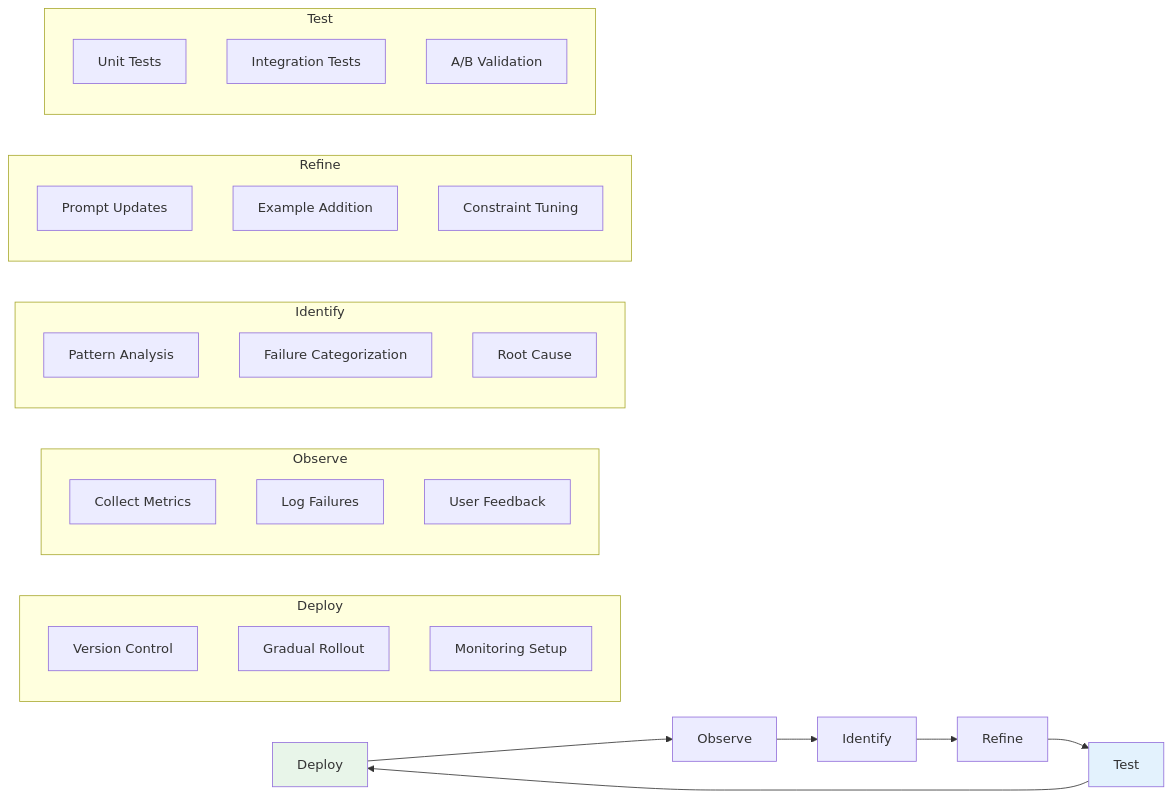
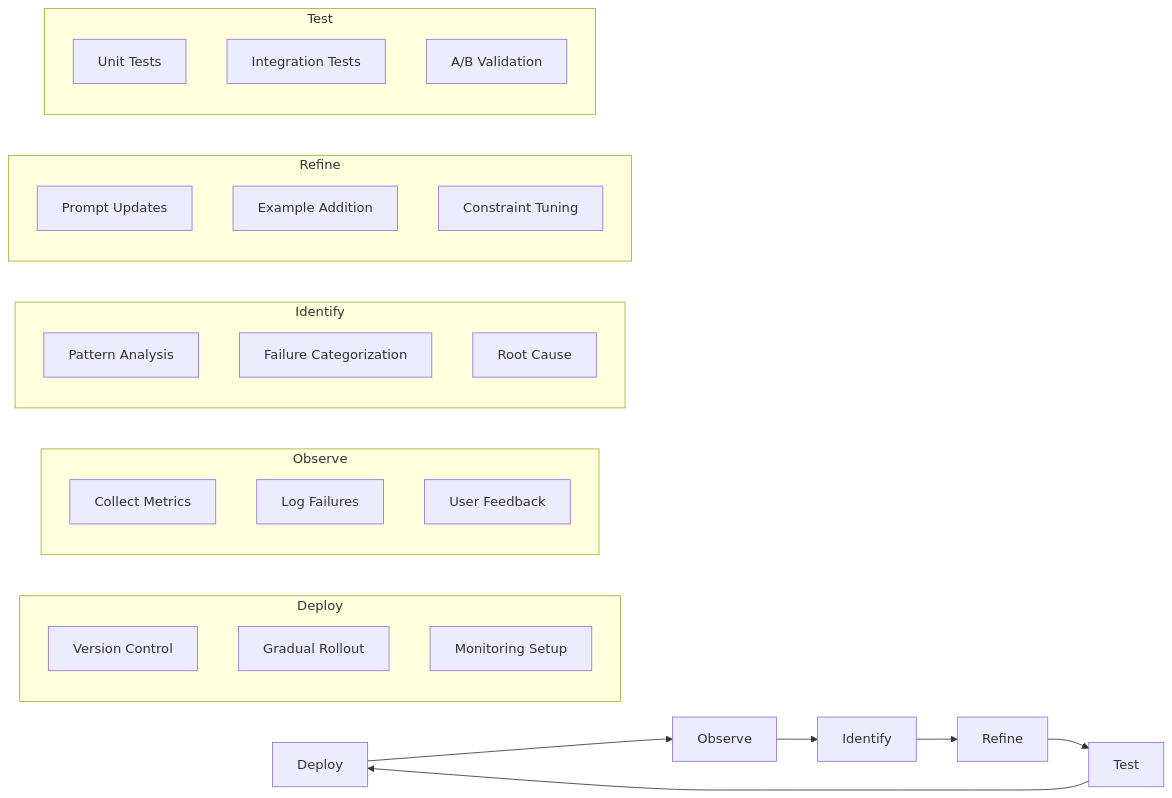
The third of 3 diagrams in 08-production-en.md (yuexiaoliang/prompt-engineering-learning), drawn with Mermaid before and after one commit. The commit also changed other lines of this file and 9 other files, not shown here.

First line of the commit message:
fix(prompt-engineering): remove hardcoded mermaid fill styles for theme auto-adaptation

````diff
--- a/08-production-en.md
+++ b/08-production-en.md
@@ -420,41 +416,38 @@
 ```mermaid
 flowchart LR
     A[Deploy] --> B[Observe]
     B --> C[Identify]
     C --> D[Refine]
     D --> E[Test]
     E --> A
 
     subgraph Deploy
         A1[Version Control]
         A2[Gradual Rollout]
         A3[Monitoring Setup]
     end
 
     subgraph Observe
         B1[Collect Metrics]
         B2[Log Failures]
         B3[User Feedback]
     end
 
     subgraph Identify
         C1[Pattern Analysis]
         C2[Failure Categorization]
         C3[Root Cause]
     end
 
     subgraph Refine
         D1[Prompt Updates]
         D2[Example Addition]
         D3[Constraint Tuning]
     end
 
     subgraph Test
         E1[Unit Tests]
         E2[Integration Tests]
         E3[A/B Validation]
     end
-
-    style A fill:#e8f5e9
-    style E fill:#e3f2fd
 ```
````
